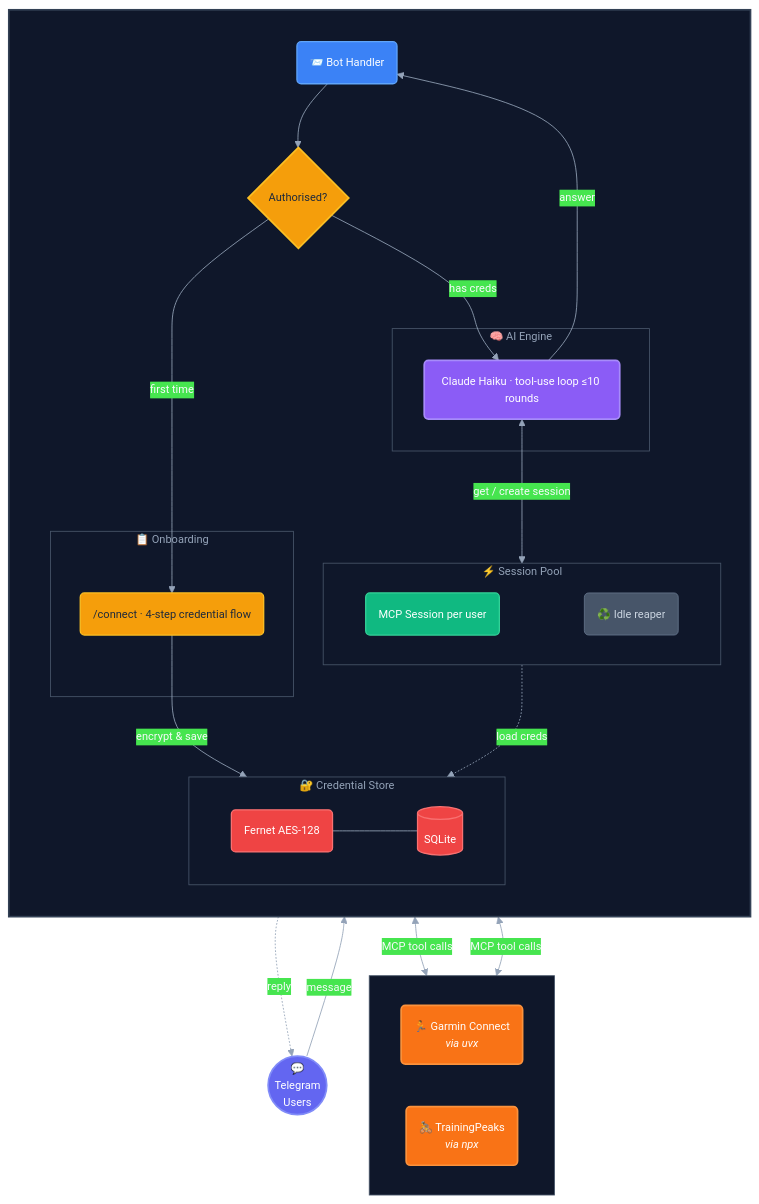
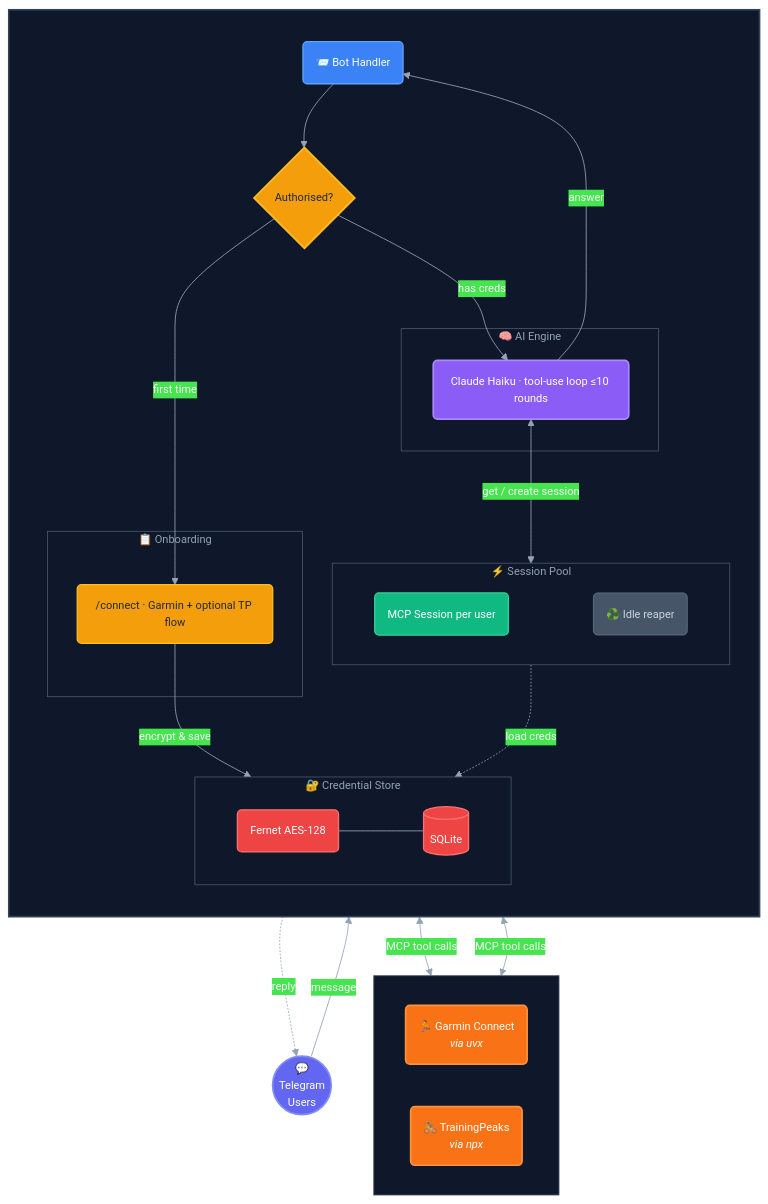
One commit to tshepor2001/fitness-ai-bot changed the diagram in README.md. Above: the diagram before and after it, drawn with Mermaid. The commit also changed other lines of this file, not shown here.

Commit message:
Update README for optional TP flow, service API, and CI trigger

````diff
--- a/README.md
+++ b/README.md
@@ -14,75 +14,75 @@
 ```mermaid
 %%{init: {'theme': 'base', 'themeVariables': { 'primaryColor': '#4f46e5', 'primaryTextColor': '#f8fafc', 'primaryBorderColor': '#818cf8', 'lineColor': '#94a3b8', 'fontSize': '13px', 'fontFamily': 'ui-monospace, monospace' }}}%%
 
 flowchart TB
     U(("💬<br/>Telegram<br/>Users")) -->|message| TG
 
     subgraph BOT [" "]
         direction TB
 
         TG("📨 Bot Handler") --> AUTH{"Authorised?"}
 
         AUTH -->|"first time"| CONNECT
         AUTH -->|"has creds"| AGENT
 
         subgraph ONBOARD [" 📋  Onboarding "]
-            CONNECT("/connect · 4-step credential flow")
+            CONNECT("/connect · Garmin + optional TP flow")
         end
 
         subgraph BRAIN [" 🧠  AI Engine "]
             AGENT("Claude Haiku · tool-use loop ≤10 rounds")
         end
 
         subgraph POOL [" ⚡  Session Pool "]
             direction LR
             S1("MCP Session per user") ~~~ REAP("♻️ Idle reaper")
         end
 
         subgraph VAULT [" 🔐  Credential Store "]
             direction LR
             ENC("Fernet AES-128") --- DB[("SQLite")]
         end
 
         CONNECT -->|"encrypt & save"| ENC
         AGENT <-->|"get / create session"| S1
         S1 -.->|"load creds"| ENC
     end
 
     subgraph DATA [" "]
         direction LR
         GARMIN("🏃  Garmin Connect<br/><i>via uvx</i>")
         TP("🚴  TrainingPeaks<br/><i>via npx</i>")
     end
 
     S1 <-->|"MCP tool calls"| GARMIN & TP
     AGENT -->|"answer"| TG
     TG -.->|"reply"| U
 
     classDef default fill:#1e293b,stroke:#334155,color:#f1f5f9,stroke-width:1.5px
     classDef user fill:#6366f1,stroke:#818cf8,color:#fff,stroke-width:2px
     classDef handler fill:#3b82f6,stroke:#60a5fa,color:#fff,stroke-width:1.5px
     classDef gate fill:#f59e0b,stroke:#fbbf24,color:#1e293b,stroke-width:2px
     classDef onboard fill:#f59e0b,stroke:#fbbf24,color:#1e293b,stroke-width:1.5px
     classDef ai fill:#8b5cf6,stroke:#a78bfa,color:#fff,stroke-width:2px
     classDef session fill:#10b981,stroke:#34d399,color:#fff,stroke-width:1.5px
     classDef reaper fill:#475569,stroke:#64748b,color:#cbd5e1,stroke-width:1px
     classDef crypto fill:#ef4444,stroke:#f87171,color:#fff,stroke-width:1.5px
     classDef db fill:#ef4444,stroke:#f87171,color:#fff,stroke-width:1.5px
     classDef source fill:#f97316,stroke:#fb923c,color:#fff,stroke-width:2px
     classDef zone fill:#0f172a,stroke:#334155,color:#94a3b8,stroke-width:2px
     classDef zone2 fill:#0f172a,stroke:#475569,color:#94a3b8,stroke-width:1px
 
     class U user
     class TG handler
     class AUTH gate
     class CONNECT onboard
     class AGENT ai
     class S1 session
     class REAP reaper
     class ENC crypto
     class DB db
     class GARMIN,TP source
     class BOT zone
     class DATA zone2
     class ONBOARD,BRAIN,POOL,VAULT zone2
 ```
````
